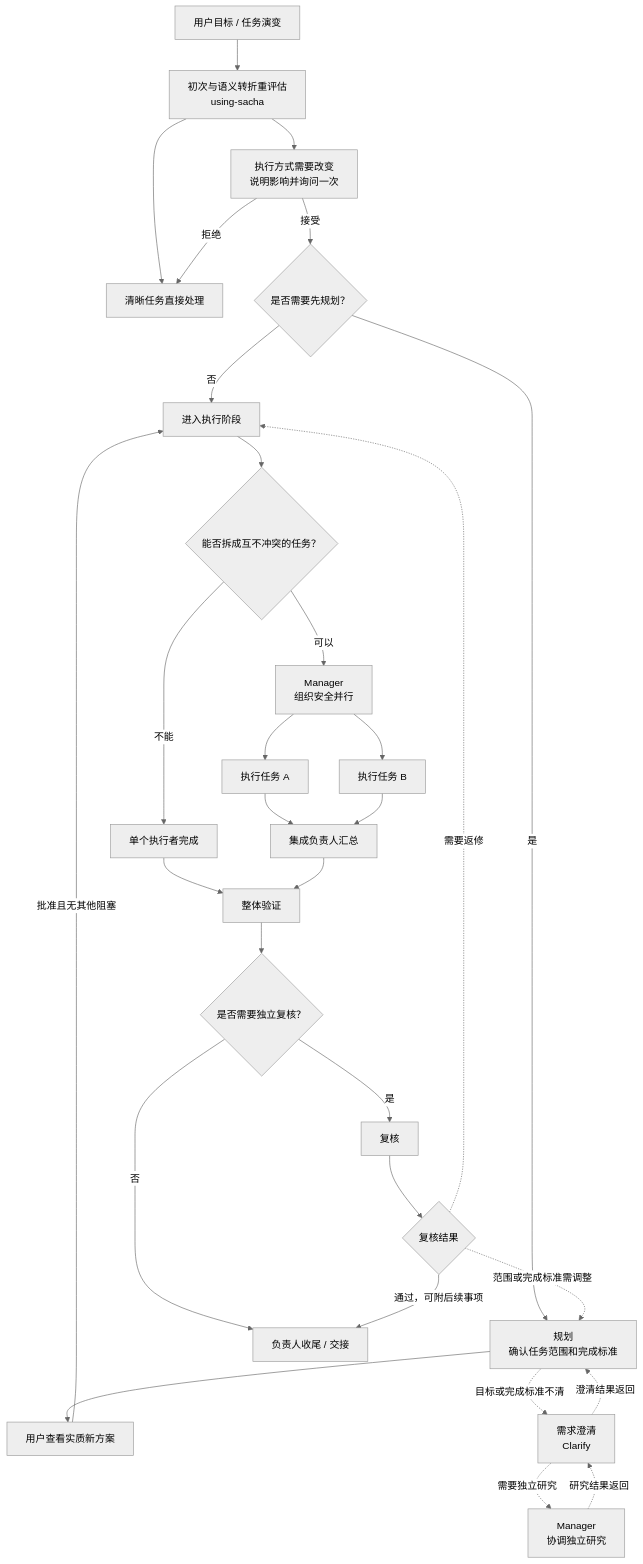
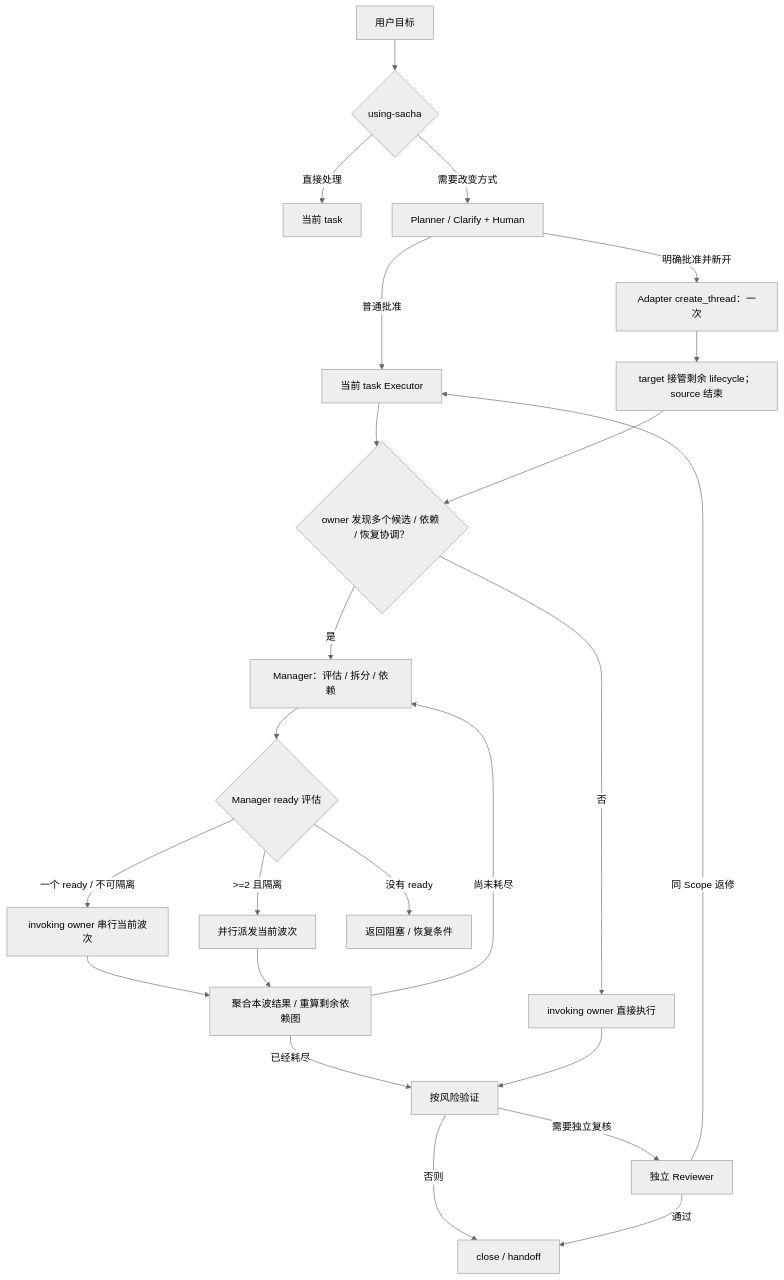
Before and after one commit to yyqrc/SachaOrchestra: the diagram in plugins/sacha-orchestra/README.md, drawn with Mermaid (neutral theme). The commit also changed other lines of this file and 26 other files, not shown here.

````diff
--- a/plugins/sacha-orchestra/README.md
+++ b/plugins/sacha-orchestra/README.md
@@ -9,8 +11,26 @@
 ```mermaid
 flowchart TD
-    U["用户目标 / 任务演变"] --> S["初次与语义转折重评估<br/>using-sacha"]; S --> L["清晰任务直接处理"]; S --> Q["执行方式需要改变<br/>说明影响并询问一次"]; Q -->|"拒绝"| L; Q -->|"接受"| PG{"是否需要先规划？"}
-    PG -->|"否"| E["进入执行阶段"]; PG -->|"是"| P["规划<br/>确认任务范围和完成标准"]; P --> H["用户查看实质新方案"]; H -->|"批准且无其他阻塞"| E; E --> EQ{"能否拆成互不冲突的任务？"}; EQ -->|"不能"| SE["单个执行者完成"]; EQ -->|"可以"| M["Manager<br/>组织安全并行"]
-    M --> A["执行任务 A"]; M --> B["执行任务 B"]; A --> I["集成负责人汇总"]; B --> I; SE --> IV["整体验证"]; I --> IV; IV --> RG{"是否需要独立复核？"}; RG -->|"否"| C["负责人收尾 / 交接"]; RG -->|"是"| R["复核"]
-    R --> V{"复核结果"}; V -->|"通过，可附后续事项"| C; V -.->|"需要返修"| E; V -.->|"范围或完成标准需调整"| P
-    P -.->|"目标或完成标准不清"| CL["需求澄清<br/>Clarify"]; CL -.->|"澄清结果返回"| P; CL -.->|"需要独立研究"| RM["Manager<br/>协调独立研究"]; RM -.->|"研究结果返回"| CL
+    U["用户目标"] --> I{"using-sacha"}
+    I -->|"直接处理"| D["当前 task"]
+    I -->|"需要改变方式"| P["Planner / Clarify + Human"]
+    P -->|"普通批准"| E["当前 task Executor"]
+    P -->|"明确批准并新开"| T["Adapter create_thread：一次"]
+    T --> E2["target 接管剩余 lifecycle；source 结束"]
+    E --> O{"owner 发现多个候选 / 依赖 / 恢复协调？"}
+    E2 --> O
+    O -->|"否"| L["invoking owner 直接执行"]
+    O -->|"是"| C["Manager：评估 / 拆分 / 依赖"]
+    C --> M{"Manager ready 评估"}
+    M -->|">=2 且隔离"| G["并行派发当前波次"]
+    M -->|"一个 ready / 不可隔离"| S["invoking owner 串行当前波次"]
+    M -->|"没有 ready"| B["返回阻塞 / 恢复条件"]
+    S --> W["聚合本波结果 / 重算剩余依赖图"]
+    G --> W
+    W -->|"尚未耗尽"| C
+    W -->|"已经耗尽"| V["按风险验证"]
+    L --> V
+    V -->|"需要独立复核"| R["独立 Reviewer"]
+    V -->|"否则"| Z["close / handoff"]
+    R -->|"通过"| Z
+    R -->|"同 Scope 返修"| E
 ```
````
